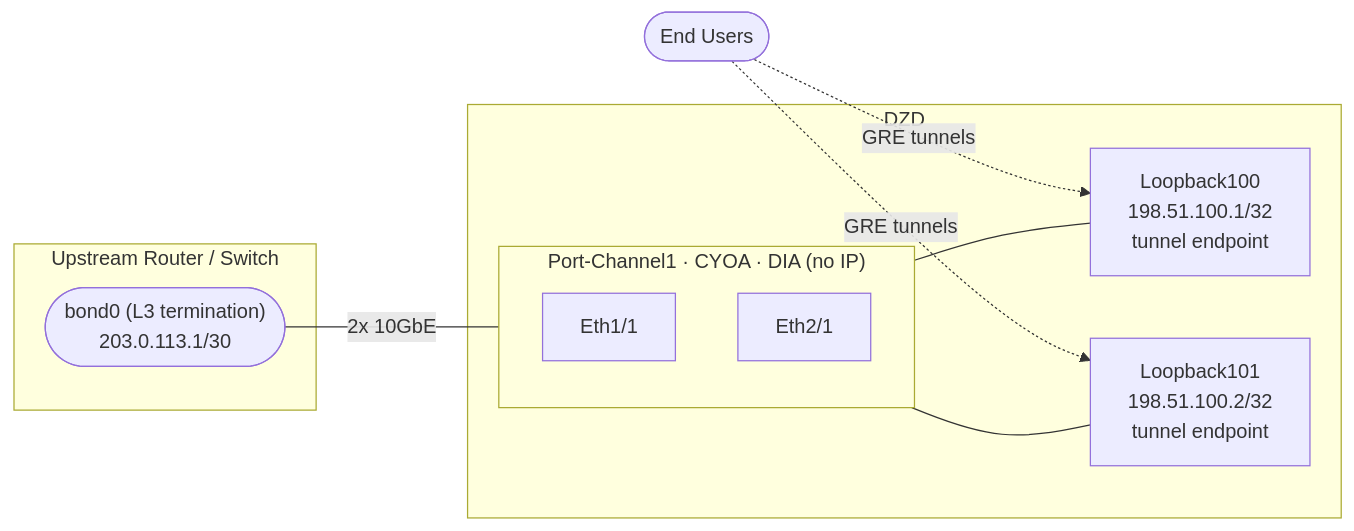
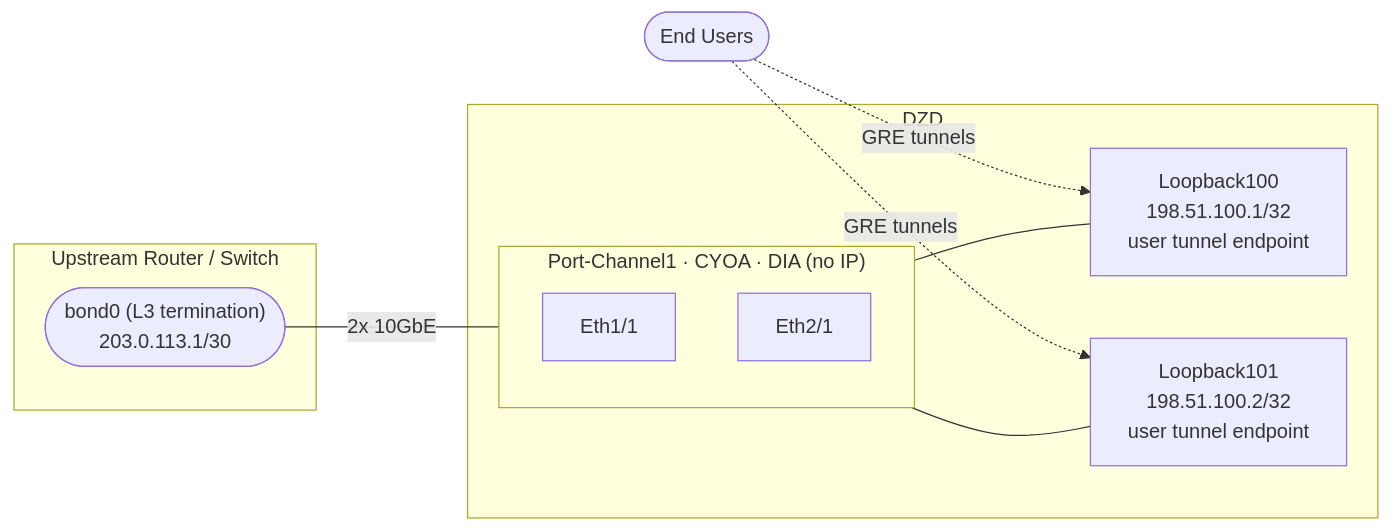
Before and after one commit to malbeclabs/docs: the tenth of 14 diagrams in docs/contribute-provisioning.md, drawn with Mermaid. The commit also changed other lines of this file, not shown here.

````diff
--- a/docs/contribute-provisioning.md
+++ b/docs/contribute-provisioning.md
@@ -489,28 +554,26 @@
 ```mermaid
 flowchart LR
     USERS(["End Users"])
 
     subgraph SW["Upstream Router / Switch"]
         SWPC(["bond0 (L3 termination)
         203.0.113.1/30"])
     end
 
     subgraph DZD["DZD"]
         subgraph PC["Port-Channel1 · CYOA · DIA (no IP)"]
             E1["Eth1/1"]
             E2["Eth2/1"]
         end
         LO0["Loopback100
-        198.51.100.1/32
-        tunnel endpoint"]
+        198.51.100.1/32\n        user tunnel endpoint"]
         LO1["Loopback101
-        198.51.100.2/32
-        tunnel endpoint"]
+        198.51.100.2/32\n        user tunnel endpoint"]
         PC --- LO0
         PC --- LO1
     end
 
     SWPC -- "2x 10GbE" --- PC
     USERS -. "GRE tunnels" .-> LO0
     USERS -. "GRE tunnels" .-> LO1
 ```
````
